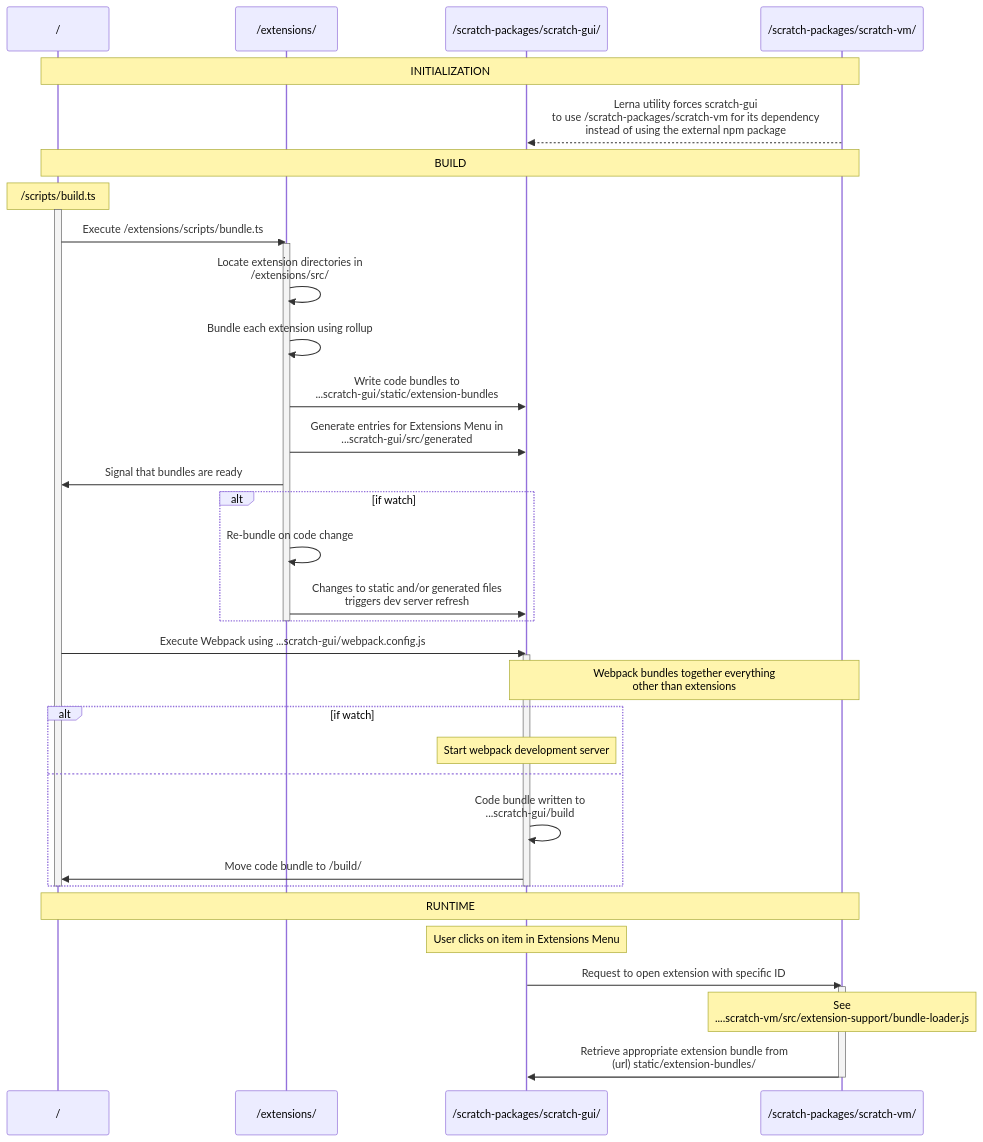
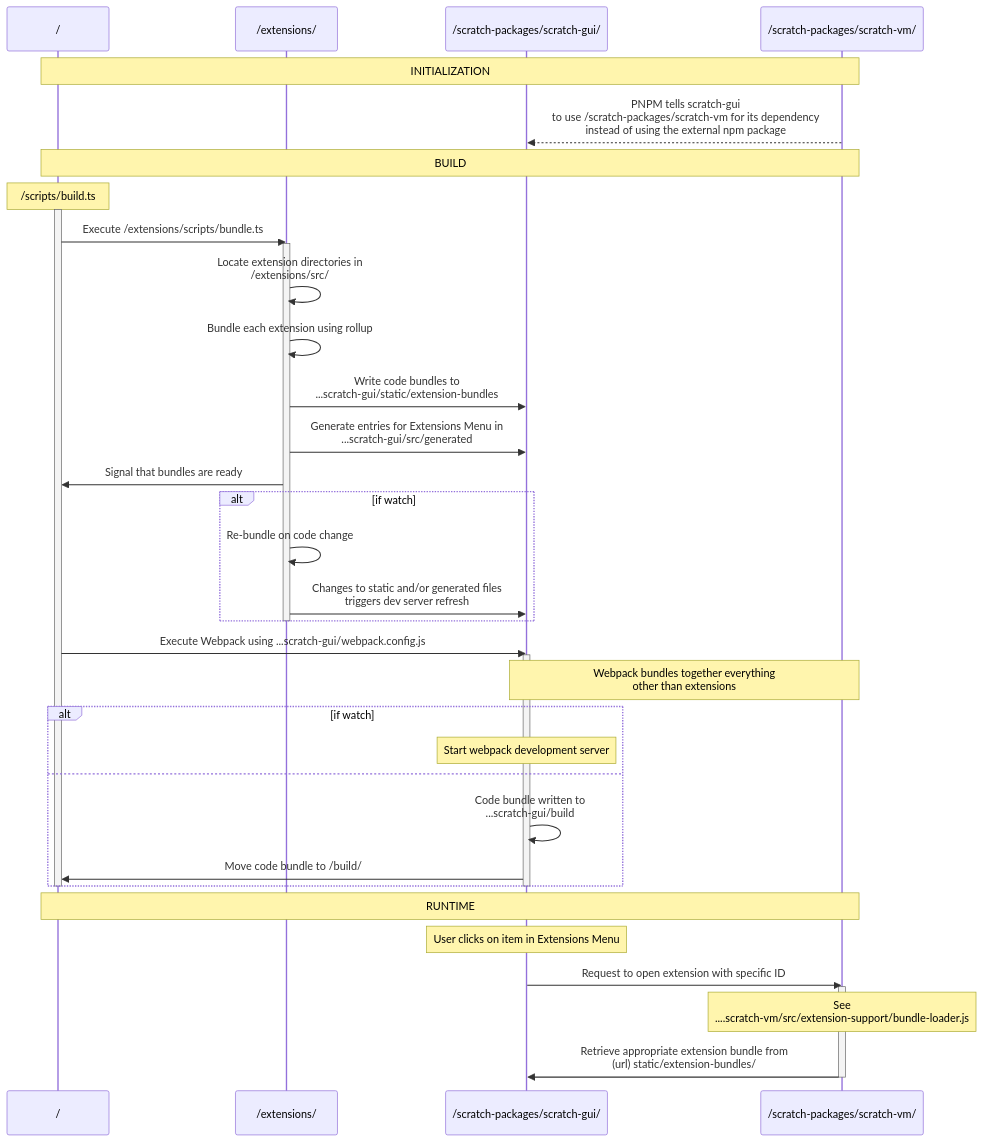
The diagram in extensions/README.md (mitmedialab/prg-raise-playground), drawn with Mermaid before and after one commit. The commit also changed other lines of this file, not shown here.

````diff
--- a/extensions/README.md
+++ b/extensions/README.md
@@ -1557,42 +1557,42 @@
 ```mermaid
 sequenceDiagram
     participant root as /
     participant A as /extensions/
     participant B as /scratch-packages/scratch-gui/
     participant C as /scratch-packages/scratch-vm/
     Note over root,C: INITIALIZATION
-    C-->>B: Lerna utility forces scratch-gui <br>to use /scratch-packages/scratch-vm for its dependency <br>instead of using the external npm package
+    C-->>B: PNPM tells scratch-gui <br>to use /scratch-packages/scratch-vm for its dependency <br>instead of using the external npm package
     Note over root,C: BUILD
     Note over root: /scripts/build.ts
     activate root
     root->>A: Execute /extensions/scripts/bundle.ts
     activate A
     A->>A: Locate extension directories in <br> /extensions/src/
     A->>A: Bundle each extension using rollup
     A->>B: Write code bundles to <br> ...scratch-gui/static/extension-bundles
     A->>B: Generate entries for Extensions Menu in <br>...scratch-gui/src/generated
     A->>root: Signal that bundles are ready
     alt if watch
         A->>A: Re-bundle on code change
         A->>B: Changes to static and/or generated files <br>triggers dev server refresh
     end
     deactivate A
     root->>B: Execute Webpack using ...scratch-gui/webpack.config.js
     activate B
     Note over B,C: Webpack bundles together everything <br>other than extensions
     alt if watch
         Note over B: Start webpack development server
     else 
         B->>B: Code bundle written to <br>...scratch-gui/build
         B->>root: Move code bundle to /build/
     end
     deactivate B
     deactivate root
     Note over root,C: RUNTIME
     Note over B: User clicks on item in Extensions Menu
     B->>C: Request to open extension with specific ID
     activate C
     Note over C: See <br>....scratch-vm/src/extension-support/bundle-loader.js
     C->>B: Retrieve appropriate extension bundle from <br> (url) static/extension-bundles/
     deactivate C
 ```
````
